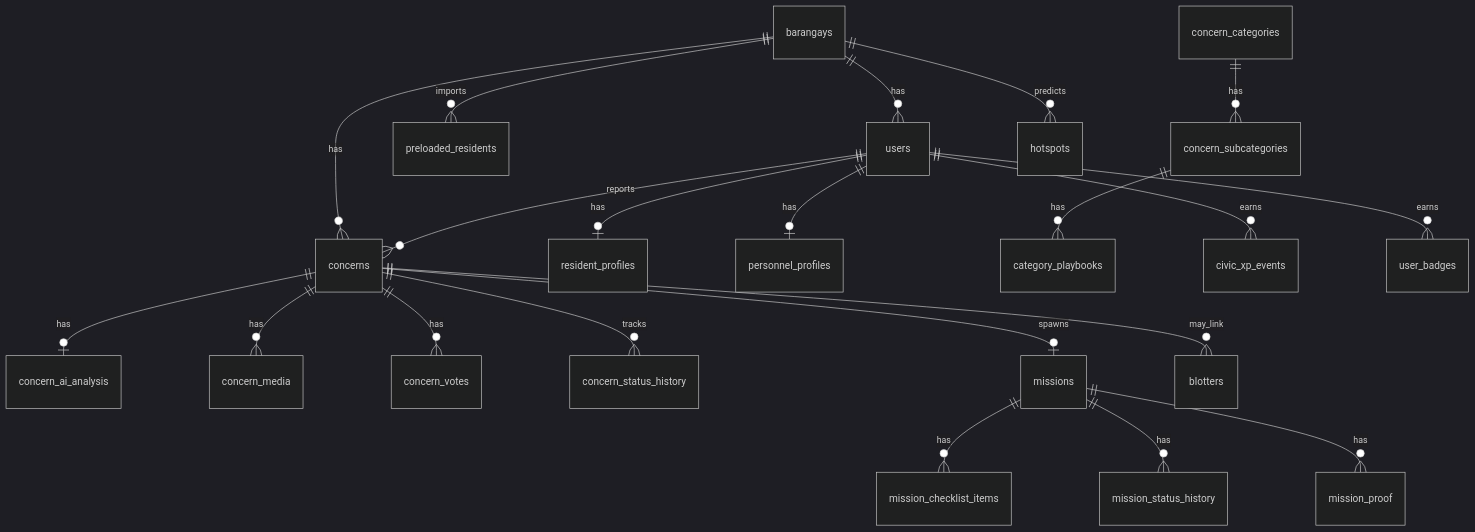
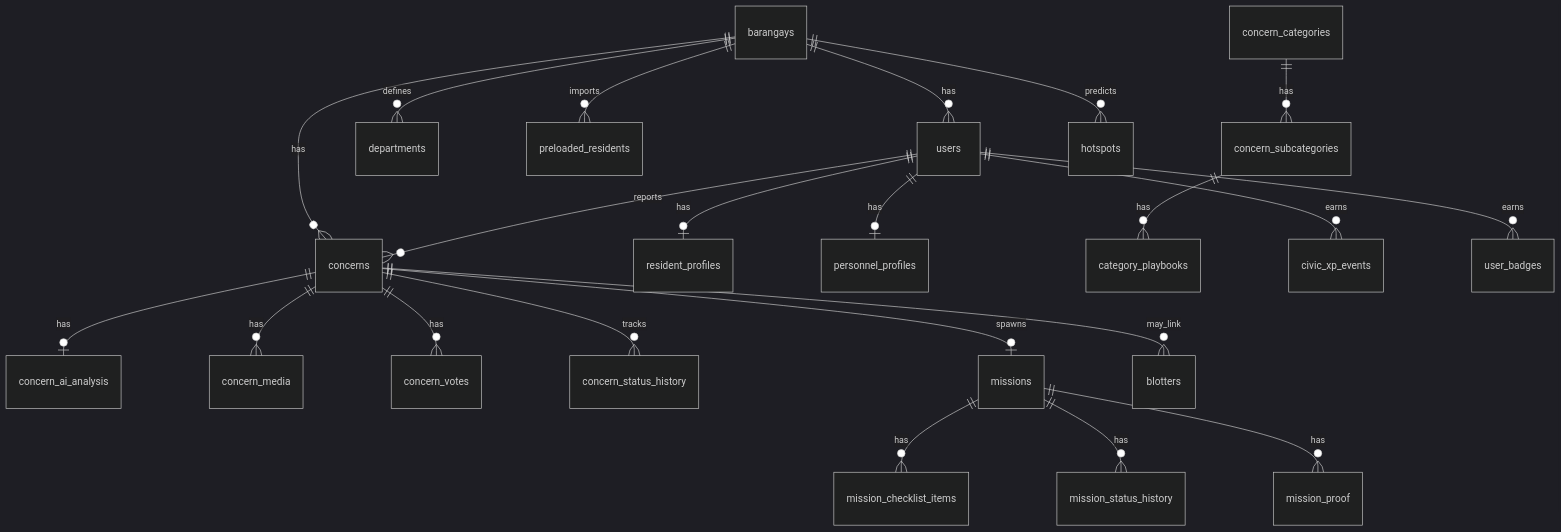
One commit to valenzuelashp/Mission-Lokal changed the diagram in docs/DATABASE.md. Above: the diagram before and after it, drawn with Mermaid (dark theme). The commit also changed other lines of this file and 75 other files, not shown here.

````diff
--- a/docs/DATABASE.md
+++ b/docs/DATABASE.md
@@ -11,23 +11,24 @@
 ```mermaid
 erDiagram
     barangays ||--o{ users : has
     barangays ||--o{ concerns : has
+    barangays ||--o{ departments : defines
     barangays ||--o{ preloaded_residents : imports
     users ||--o| resident_profiles : has
     users ||--o| personnel_profiles : has
     users ||--o{ concerns : reports
     concern_categories ||--o{ concern_subcategories : has
     concern_subcategories ||--o{ category_playbooks : has
     concerns ||--o| concern_ai_analysis : has
     concerns ||--o{ concern_media : has
     concerns ||--o{ concern_votes : has
     concerns ||--o{ concern_status_history : tracks
     concerns ||--o| missions : spawns
     missions ||--o{ mission_checklist_items : has
     missions ||--o{ mission_status_history : has
     missions ||--o{ mission_proof : has
     concerns ||--o{ blotters : may_link
     users ||--o{ civic_xp_events : earns
     users ||--o{ user_badges : earns
     barangays ||--o{ hotspots : predicts
 ```
````
